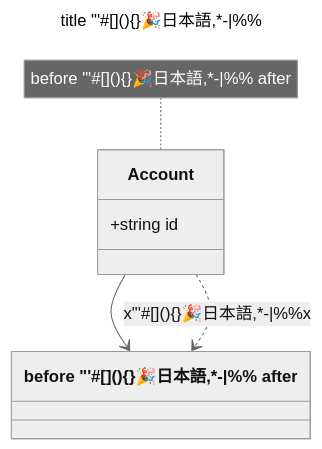
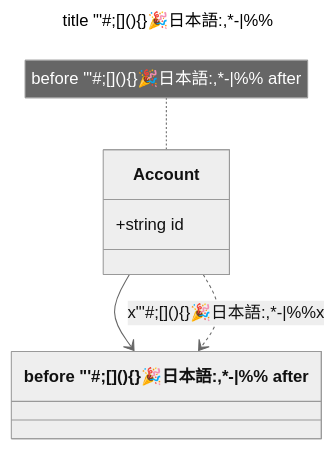
The diagram in doc/edgecase/class.md (nao1215/markdown), drawn with Mermaid (neutral theme) before and after one commit. The commit also changed 4 other files, not shown here.

First line of the commit message:
fix(mermaid): escape the colon and semicolon that end a class statement (#163)

````diff
--- a/doc/edgecase/class.md
+++ b/doc/edgecase/class.md
@@ -5,13 +5,13 @@
 ```mermaid
 ---
-title: "title \"'#[](){}🎉日本語,*-|%%"
+title: "title \"'#;[](){}🎉日本語:,*-|%%"
 ---
 classDiagram
     class Account {
         +string id
     }
-    class Ledger["before &quot;'#[](){}🎉日本語,*-|%% after"]
+    class Ledger["before &quot;'#;[](){}🎉日本語:,*-|%% after"]
     Account --> Ledger
-    Account ..> Ledger : x"'#[](){}🎉日本語,*-|%%x
-    note for Account "before &quot;'#[](){}🎉日本語,*-|%% after"
+    Account ..> Ledger : x"'##59;[](){}🎉日本語#58;,*-|%%x
+    note for Account "before &quot;'#;[](){}🎉日本語:,*-|%% after"
 ```
````
